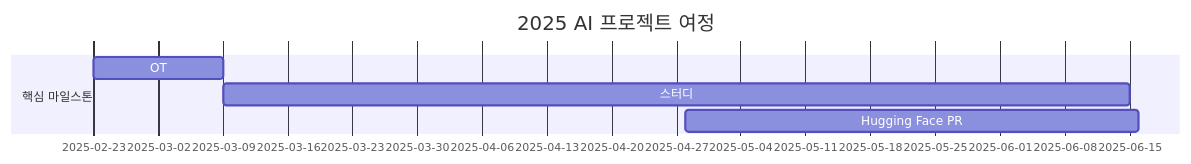
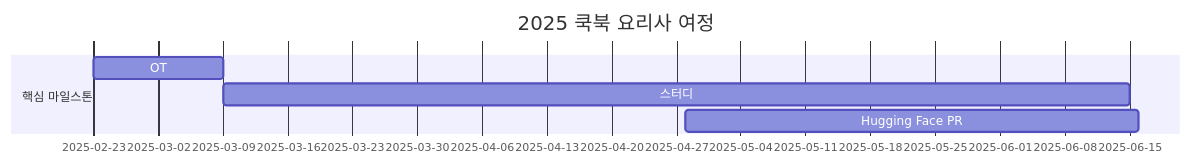
The diagram in README.md (Pseudo-Lab/Hugging-Face-Cookbook-Class-Wars), drawn with Mermaid before and after one commit. The commit also changed other lines of this file, not shown here.

````diff
--- a/README.md
+++ b/README.md
@@ -36,8 +36,8 @@
 ```mermaid
 gantt
-    title 2025 AI 프로젝트 여정
+    title 2025 쿡북 요리사 여정
     section 핵심 마일스톤
     OT       :a1, 2025-02-23, 14d
     스터디        :a2, after a1, 14w
     Hugging Face PR    :a3, 2025-04-28, 7w
 ```
````
